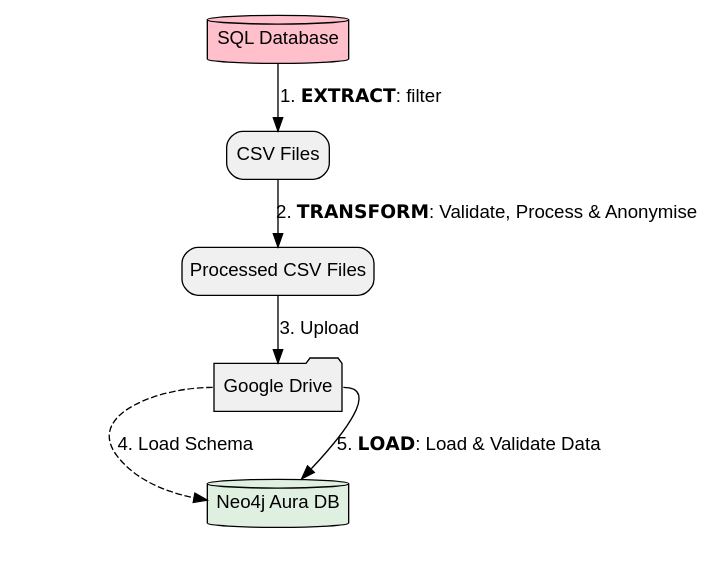
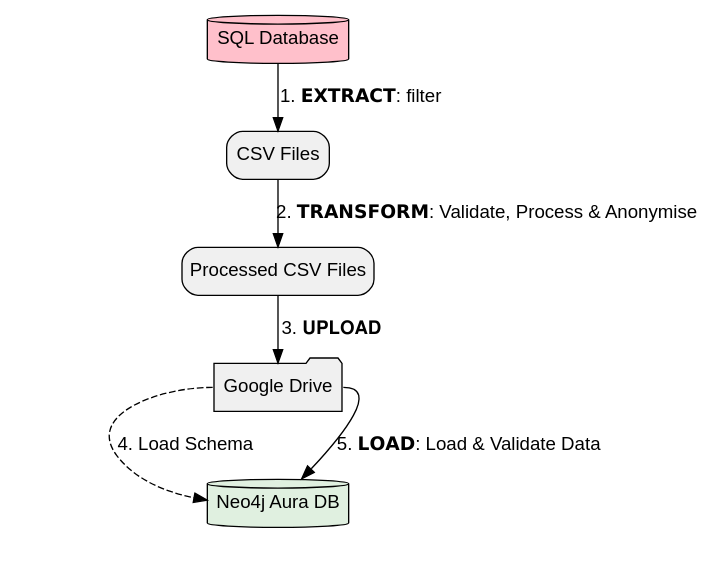
The diagram in 03-data-engineering.qmd (zoonalink/graph-tt-quarto), drawn with Graphviz before and after one commit. The commit also changed other lines of this file and 21 other files, not shown here.

````diff
--- a/03-data-engineering.qmd
+++ b/03-data-engineering.qmd
@@ -22,36 +21,36 @@
 ```{dot}
 #| fig-cap: "Data Pipeline Overview" 
 
 digraph Overview {
 
   // graph layout - td
   rankdir = TD;
   nodesep = 1.0; 
   node [shape=box, style="filled,rounded", fillcolor="#f0f0f0", fontname="Arial"]; 
   edge [fontname="Arial"]; 
 
   // Nodes 
   A [label="SQL Database", shape=cylinder, fillcolor="#ffc0cb"];  //  pink 
   B [label="CSV Files"];
   C [label="Processed CSV Files"];
   
   // Subgraph to enforce vertical positioning
   subgraph cluster_D_E { 
       style=invis;  //  subgraph invisible
       D [label="Google Drive", shape=folder]; 
       E [label="Neo4j Aura DB", style="filled", fillcolor="#e0f0e0", shape=cylinder];
       
       // invisible edge to force positioning
       D -> E [style=invis]; 
   }
 
   // Edges and Labels 
   A -> B [label=" 1. 𝗘𝗫𝗧𝗥𝗔𝗖𝗧: filter"];
   B -> C [label=" 2. 𝗧𝗥𝗔𝗡𝗦𝗙𝗢𝗥𝗠: Validate, Process & Anonymise"];
-  C -> D [label=" 3. Upload"];
+  C -> D [label=" 3. 𝐔𝐏𝐋𝐎𝐀𝐃"];
   
   // Arrows from Google Drive (left and right)
   D:w -> E [label=" 4. Load Schema", style=dashed];   
   D:e-> E [label=" 5. 𝗟𝗢𝗔𝗗: Load & Validate Data"]; 
 }
 ```
````
